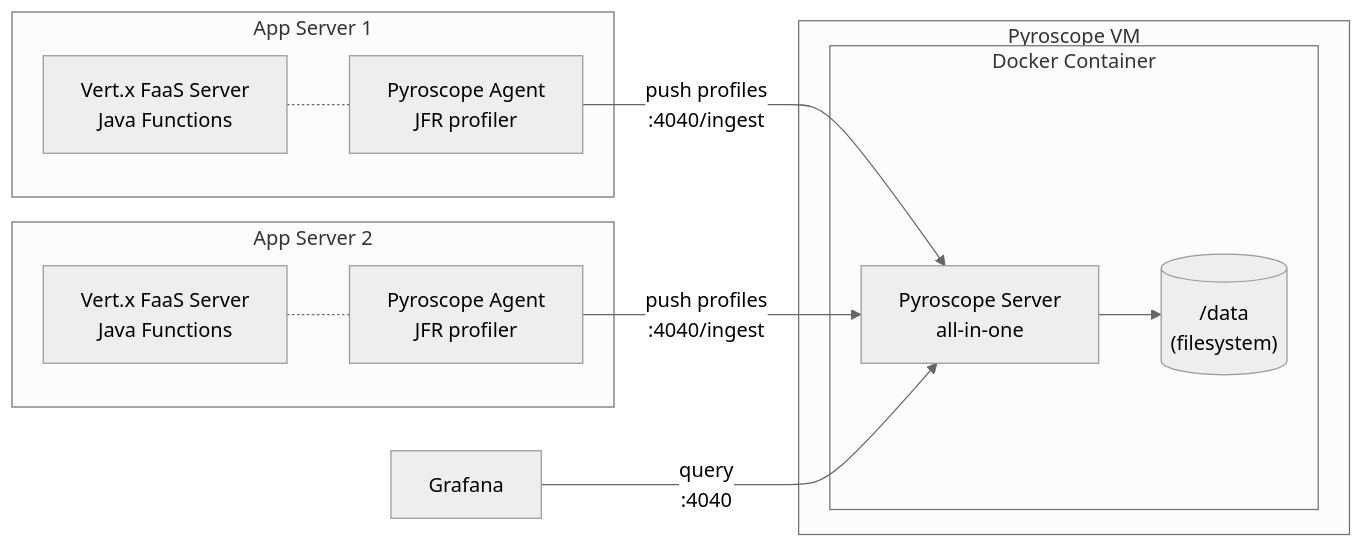
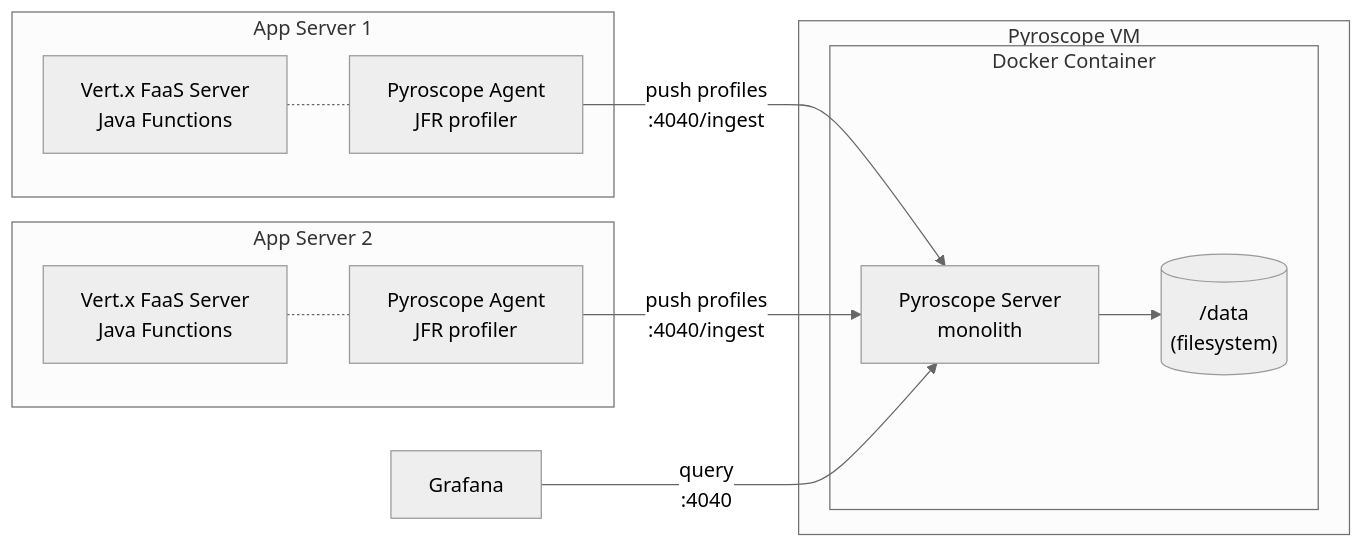
The diagram in deploy/monolithic/README.md (aff0gat000/pyroscope), drawn with Mermaid (neutral theme) before and after one commit.

Commit message:
Use monolith label in architecture diagram

````diff
--- a/deploy/monolithic/README.md
+++ b/deploy/monolithic/README.md
@@ -7,26 +7,26 @@
 ```mermaid
 graph LR
     subgraph Pyroscope VM
         subgraph Docker Container
-            P[Pyroscope Server<br/>all-in-one]
+            P[Pyroscope Server<br/>monolith]
             FS[("/data<br/>(filesystem)")]
             P --> FS
         end
     end
 
     subgraph App Server 1
         V1[Vert.x FaaS Server<br/>Java Functions]
         A1[Pyroscope Agent<br/>JFR profiler]
         V1 -.- A1
     end
 
     subgraph App Server 2
         V2[Vert.x FaaS Server<br/>Java Functions]
         A2[Pyroscope Agent<br/>JFR profiler]
         V2 -.- A2
     end
 
     A1 -->|push profiles<br/>:4040/ingest| P
     A2 -->|push profiles<br/>:4040/ingest| P
     G[Grafana] -->|query<br/>:4040| P
 ```
````
